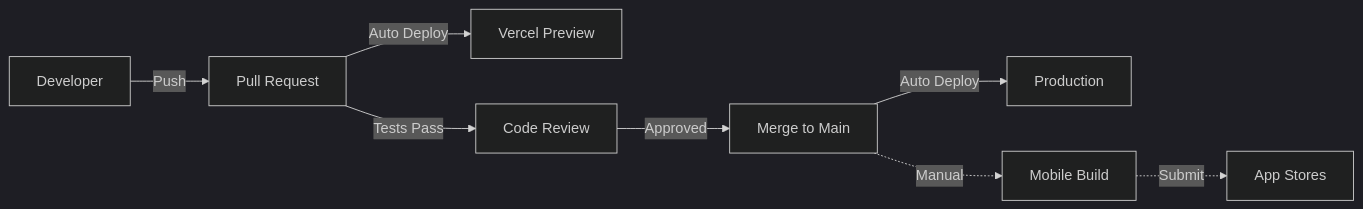
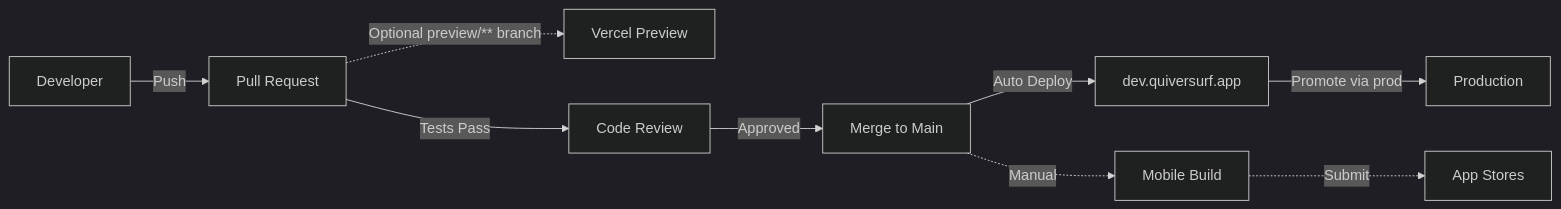
Before and after one commit to SteveChandler/quiver: the diagram in README.md, drawn with Mermaid (dark theme). The commit also changed other lines of this file and 2 other files, not shown here.

Commit message:
fix(deploy): limit Vercel preview deployments

````diff
--- a/README.md
+++ b/README.md
@@ -311,10 +312,11 @@
 ```mermaid
 graph LR
     Dev[Developer] -->|Push| PR[Pull Request]
-    PR -->|Auto Deploy| Preview[Vercel Preview]
+    PR -.->|Optional preview/** branch| Preview[Vercel Preview]
     PR -->|Tests Pass| Review[Code Review]
     Review -->|Approved| Main[Merge to Main]
-    Main -->|Auto Deploy| Prod[Production]
+    Main -->|Auto Deploy| DevPreview[dev.quiversurf.app]
+    DevPreview -->|Promote via prod| Prod[Production]
     Main -.->|Manual| Mobile[Mobile Build]
     Mobile -.->|Submit| Stores[App Stores]
 ```
````
